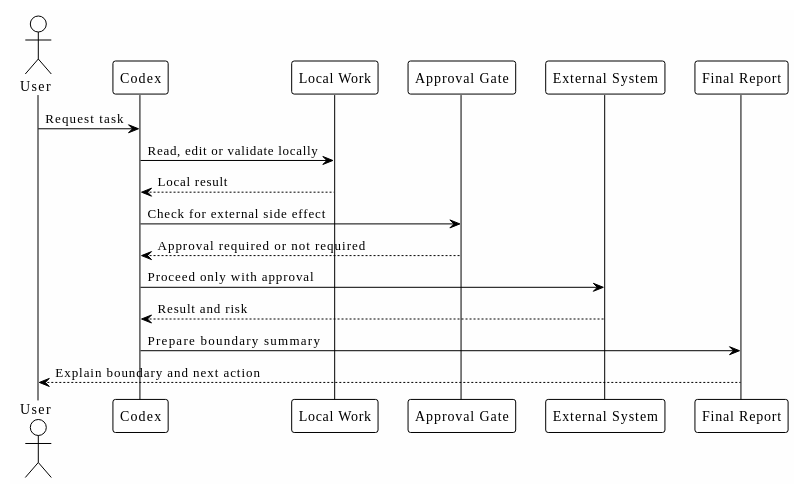
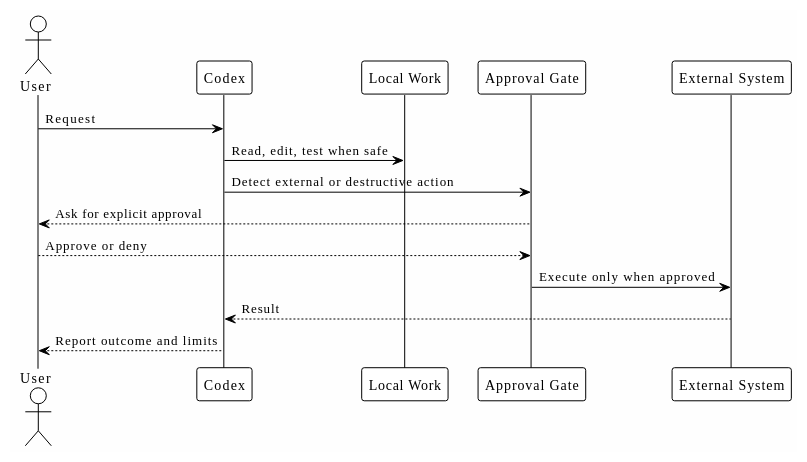
The diagram in docs/04-workflow-boundaries.md (ivanhoinacki/codex-workflow-workbook), drawn with PlantUML before and after one commit. The commit also changed other lines of this file and 39 other files, not shown here.

````diff
--- a/docs/04-workflow-boundaries.md
+++ b/docs/04-workflow-boundaries.md
@@ -40,23 +42,21 @@
 ```plantuml
 @startuml
 !theme plain
 skinparam backgroundColor #FEFEFE
 
 actor User
 participant Codex
 participant "Local Work" as Local
 participant "Approval Gate" as Gate
 participant "External System" as External
-participant "Final Report" as Report
 
-User -> Codex: Request task
-Codex -> Local: Read, edit or validate locally
-Local --> Codex: Local result
-Codex -> Gate: Check for external side effect
-Gate --> Codex: Approval required or not required
-Codex -> External: Proceed only with approval
-External --> Codex: Result and risk
-Codex -> Report: Prepare boundary summary
-Report --> User: Explain boundary and next action
+User -> Codex: Request
+Codex -> Local: Read, edit, test when safe
+Codex -> Gate: Detect external or destructive action
+Gate --> User: Ask for explicit approval
+User --> Gate: Approve or deny
+Gate -> External: Execute only when approved
+External --> Codex: Result
+Codex --> User: Report outcome and limits
 @enduml
 ```
````
